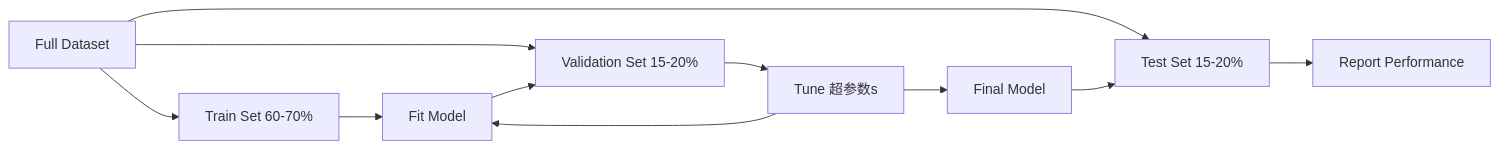
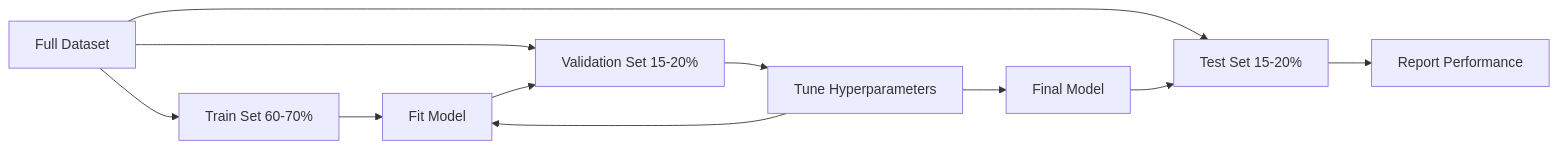
One commit to arwei944/ai-engineering-from-scratch changed the first of 2 diagrams in phases/02-ml-fundamentals/09-model-evaluation/docs/zh.md. Above: the diagram before and after it, drawn with Mermaid. The commit also changed other lines of this file and 65 other files, not shown here.

````diff
--- a/phases/02-ml-fundamentals/09-model-evaluation/docs/zh.md
+++ b/phases/02-ml-fundamentals/09-model-evaluation/docs/zh.md
@@ -29,13 +29,13 @@
 ```mermaid
 flowchart LR
     A[Full Dataset] --> B[Train Set 60-70%]
     A --> C[Validation Set 15-20%]
     A --> D[Test Set 15-20%]
     B --> E[Fit Model]
     E --> C
-    C --> F[Tune 超参数s]
+    C --> F[Tune Hyperparameters]
     F --> E
     F --> G[Final Model]
     G --> D
     D --> H[Report Performance]
 ```
````
